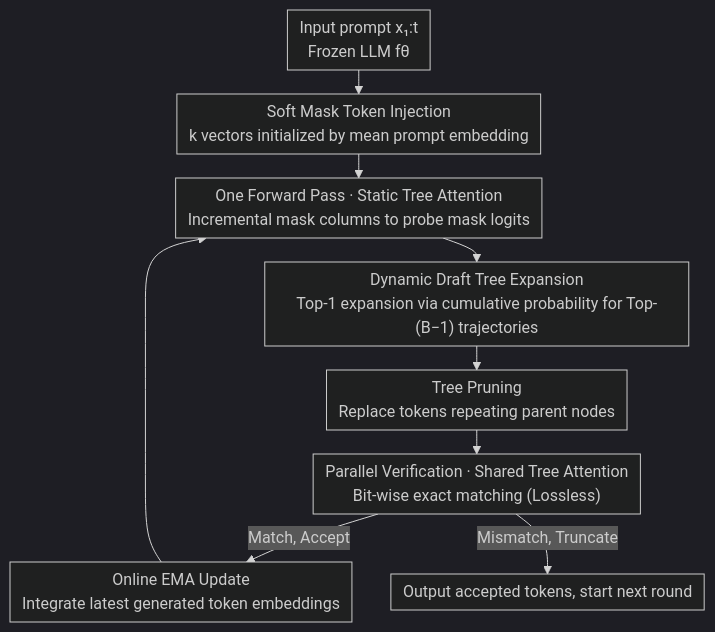
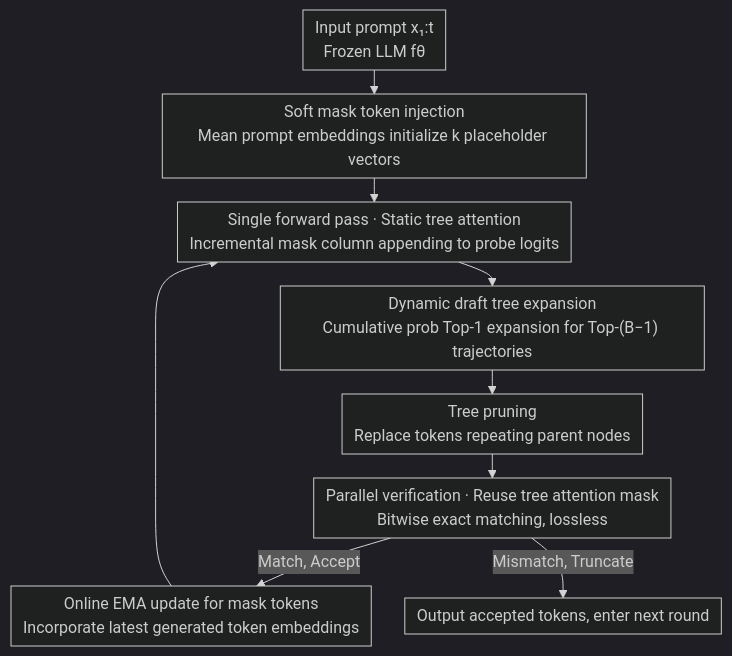
Before and after one commit to zhaoyang97/Paper-Notes-en: the diagram in docs/ICML2026/llm_efficiency/efficient_training-free_multi-token_prediction_via_embedding-space_probing.md, drawn with Mermaid (dark theme). The commit also changed other lines of this file and 5084 other files, not shown here.

````diff
--- a/docs/ICML2026/llm_efficiency/efficient_training-free_multi-token_prediction_via_embedding-space_probing.md
+++ b/docs/ICML2026/llm_efficiency/efficient_training-free_multi-token_prediction_via_embedding-space_probing.md
@@ -42,12 +42,12 @@
 ```mermaid
 %%{init: {'flowchart': {'rankSpacing': 24, 'nodeSpacing': 28, 'padding': 6, 'wrappingWidth': 400}}}%%
 flowchart TD
-    A["Input prompt x₁:t<br/>Frozen LLM fθ"] --> B["Soft Mask Token Injection<br/>k vectors initialized by mean prompt embedding"]
-    B --> C["One Forward Pass · Static Tree Attention<br/>Incremental mask columns to probe mask logits"]
-    C --> D["Dynamic Draft Tree Expansion<br/>Top-1 expansion via cumulative probability for Top-(B−1) trajectories"]
-    D --> E["Tree Pruning<br/>Replace tokens repeating parent nodes"]
-    E --> F["Parallel Verification · Shared Tree Attention<br/>Bit-wise exact matching (Lossless)"]
-    F -->|Match, Accept| G["Online EMA Update<br/>Integrate latest generated token embeddings"]
+    A["Input prompt x₁:t<br/>Frozen LLM fθ"] --> B["Soft mask token injection<br/>Mean prompt embeddings initialize k placeholder vectors"]
+    B --> C["Single forward pass · Static tree attention<br/>Incremental mask column appending to probe logits"]
+    C --> D["Dynamic draft tree expansion<br/>Cumulative prob Top-1 expansion for Top-(B−1) trajectories"]
+    D --> E["Tree pruning<br/>Replace tokens repeating parent nodes"]
+    E --> F["Parallel verification · Reuse tree attention mask<br/>Bitwise exact matching, lossless"]
+    F -->|Match, Accept| G["Online EMA update for mask tokens<br/>Incorporate latest generated token embeddings"]
     G --> C
-    F -->|Mismatch, Truncate| H["Output accepted tokens, start next round"]
+    F -->|Mismatch, Truncate| H["Output accepted tokens, enter next round"]
 ```
````
